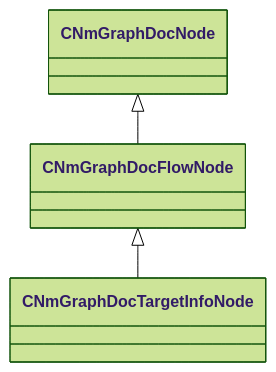
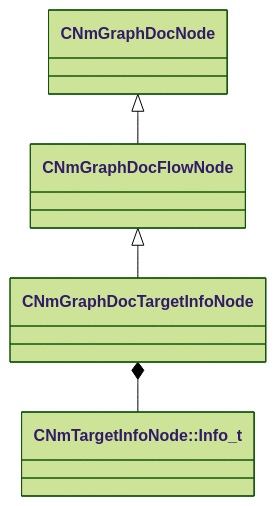
Before and after one commit to CS2OpenDev/CS2OpenDev-Docs: the diagram in docs/generated/schemas/animdoclib/CNmGraphDocTargetInfoNode.md, drawn with Mermaid (forest theme). The commit also changed other lines of this file and 4525 other files, not shown here.

````diff
--- a/docs/generated/schemas/animdoclib/CNmGraphDocTargetInfoNode.md
+++ b/docs/generated/schemas/animdoclib/CNmGraphDocTargetInfoNode.md
@@ -17,5 +19,6 @@
 ```mermaid
 classDiagram
     CNmGraphDocFlowNode <|-- CNmGraphDocTargetInfoNode
     CNmGraphDocNode <|-- CNmGraphDocFlowNode
+    CNmGraphDocTargetInfoNode *-- `CNmTargetInfoNode::Info_t`
 ```
````
